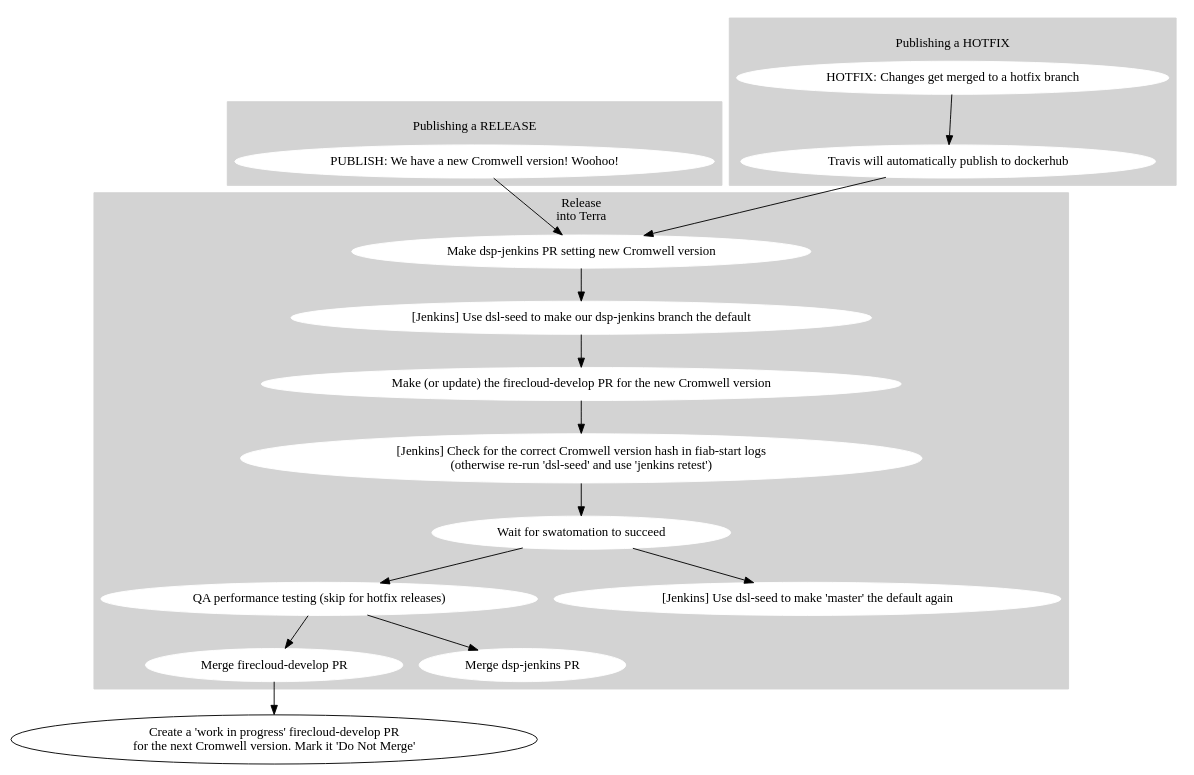
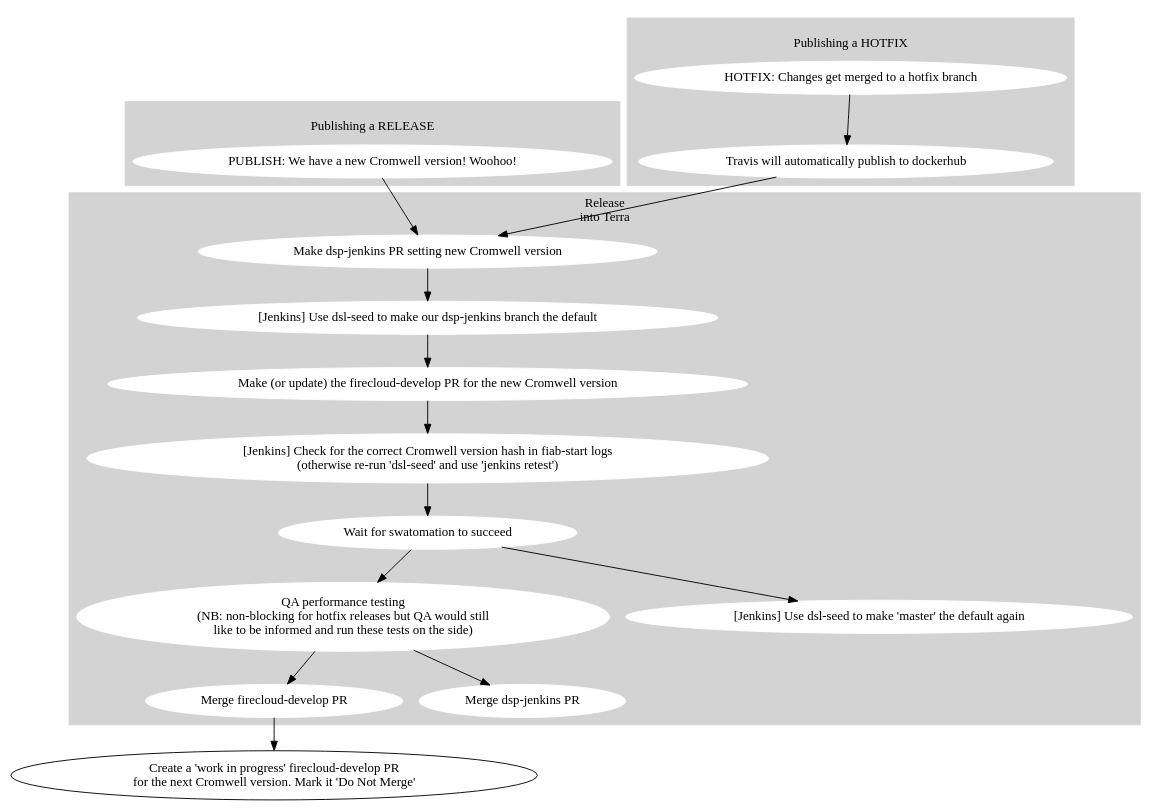
One commit to broadinstitute/cromwell changed the diagram in scripts/release_processes/firecloud-develop.dot. Above: the diagram before and after it, drawn with Graphviz. The commit also changed 1 other file, not shown here.

```diff
--- a/scripts/release_processes/firecloud-develop.dot
+++ b/scripts/release_processes/firecloud-develop.dot
@@ -1,72 +1,72 @@
 digraph {
 
   # Nodes
 
   subgraph cluster_0 {
     label="\lPublishing a RELEASE"
     style=filled
     node [style=filled,color=white];
     color="lightgrey"
 
     release_cromwell [shape=oval label="PUBLISH: We have a new Cromwell version! Woohoo!"];
   }
 
   subgraph cluster_1 {
     label="\lPublishing a HOTFIX"
     style=filled
     node [style=filled,color=white];
     color="lightgrey"
 
     hotfix_changes [shape=oval label="HOTFIX: Changes get merged to a hotfix branch"];
     publish_hotfix [shape=oval label="Travis will automatically publish to dockerhub"];
   }
 
   subgraph cluster_2 {
     label="Release\ninto Terra"
     style=filled
     node [style=filled,color=white];
     color="lightgrey"
 
     fcdev_pr [shape=oval label="Make (or update) the firecloud-develop PR for the new Cromwell version"];
     confirm_cromwell_v [shape=oval label="[Jenkins] Check for the correct Cromwell version hash in fiab-start logs\n(otherwise re-run 'dsl-seed' and use 'jenkins retest')"];
     confirm_cromwell_v [shape=oval label="[Jenkins] Check for the correct Cromwell version hash in fiab-start logs\n(otherwise re-run 'dsl-seed' and use 'jenkins retest')"];
     fcdev_success [shape=oval label="Wait for swatomation to succeed"];
 
     fcdev_merge [shape=oval label="Merge firecloud-develop PR"];
 
     dspjenkins_PR [shape=oval label="Make dsp-jenkins PR setting new Cromwell version"];
     dspjenkins_merge [shape=oval label="Merge dsp-jenkins PR"];
 
-    qa_perf [shape=oval label="QA performance testing (skip for hotfix releases)"];
+    qa_perf [shape=oval label="QA performance testing\n(NB: non-blocking for hotfix releases but QA would still\nlike to be informed and run these tests on the side)"];
 
     jenkins_set [shape=oval label="[Jenkins] Use dsl-seed to make our dsp-jenkins branch the default"];
     jenkins_reset [shape=oval label="[Jenkins] Use dsl-seed to make 'master' the default again"];
 
   }
 
   fcdev_upnext [shape=oval label="Create a 'work in progress' firecloud-develop PR\nfor the next Cromwell version. Mark it 'Do Not Merge'"];
 
   # Edges
 
   hotfix_changes -> publish_hotfix
   publish_hotfix -> dspjenkins_PR
 
   release_cromwell -> dspjenkins_PR
 
   fcdev_pr -> confirm_cromwell_v
 
   dspjenkins_PR -> jenkins_set
 
   jenkins_set -> fcdev_pr
   confirm_cromwell_v -> fcdev_success
 
   fcdev_success -> jenkins_reset
   fcdev_success -> qa_perf
 
   qa_perf -> dspjenkins_merge
   qa_perf -> fcdev_merge
 
   fcdev_merge -> fcdev_upnext
 
 
 }
```
